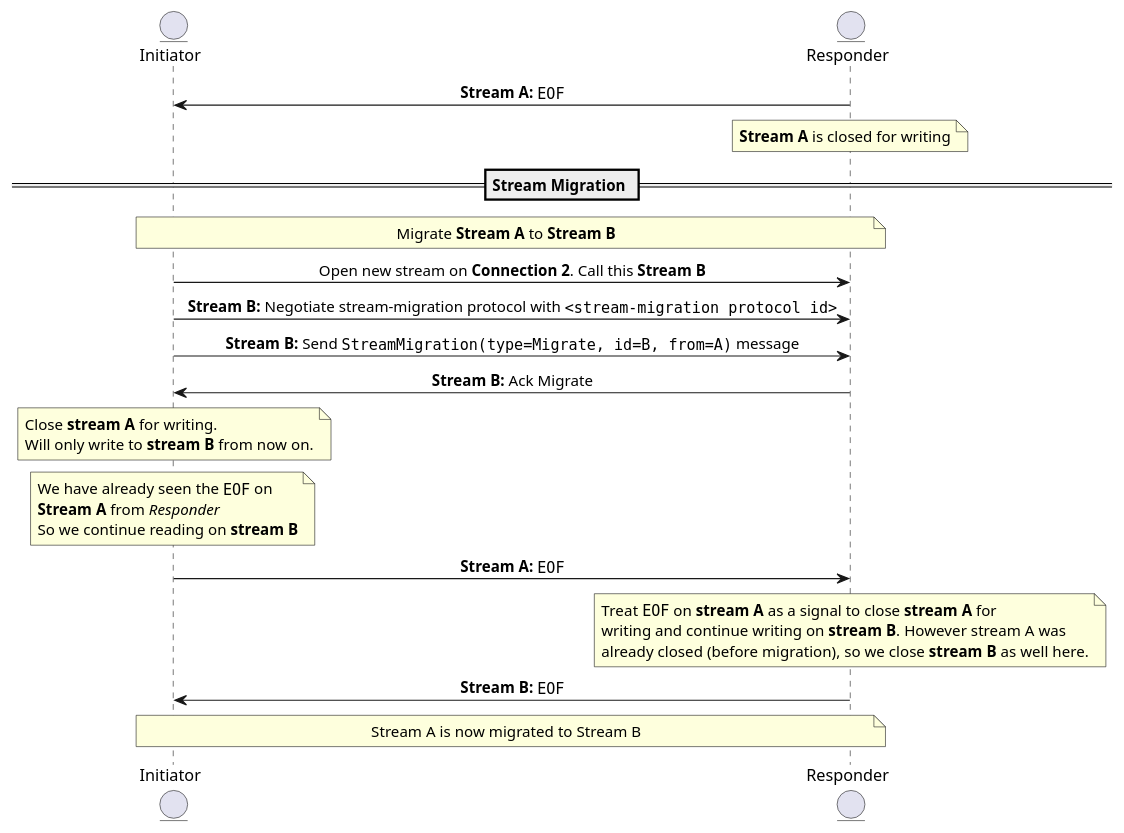
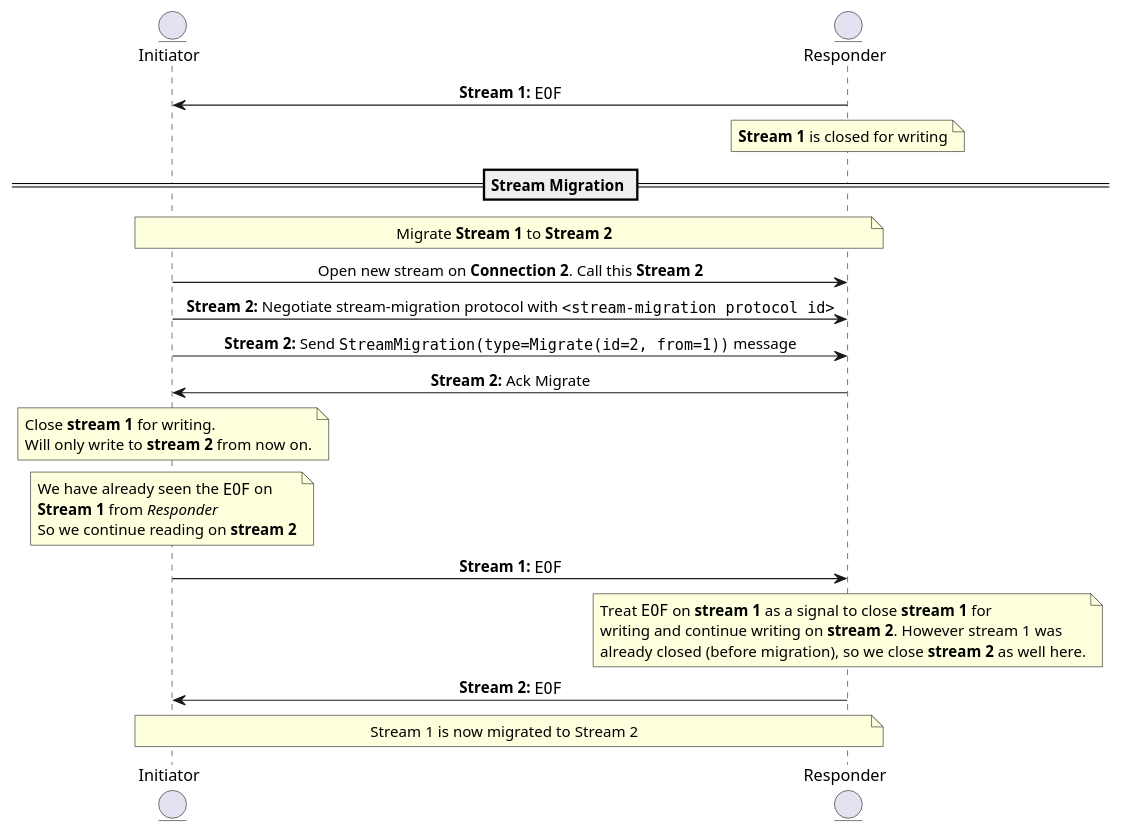
Before and after one commit to libp2p/specs: the second of 2 diagrams in connections/stream-migration.md, drawn with PlantUML. The commit also changed other lines of this file and 3 other files, not shown here.

````diff
--- a/connections/stream-migration.md
+++ b/connections/stream-migration.md
@@ -152,44 +157,44 @@
 ``` plantuml
 @startuml stream-migration-half-closed
 skinparam sequenceMessageAlign center
 entity Initiator
 entity Responder
 
-Initiator <- Responder: <b>Stream A:</b> ""EOF""
-note over Responder: <b>Stream A</b> is closed for writing
+Initiator <- Responder: <b>Stream 1:</b> ""EOF""
+note over Responder: <b>Stream 1</b> is closed for writing
 
 == Stream Migration ==
 
-note over Initiator, Responder: Migrate <b>Stream A</b> to <b>Stream B</b>
+note over Initiator, Responder: Migrate <b>Stream 1</b> to <b>Stream 2</b>
 
-Initiator -> Responder: Open new stream on <b>Connection 2</b>. Call this <b>Stream B</b>
+Initiator -> Responder: Open new stream on <b>Connection 2</b>. Call this <b>Stream 2</b>
 
-Initiator -> Responder: <b>Stream B:</b> Negotiate stream-migration protocol with ""<stream-migration protocol id>""
-Initiator -> Responder: <b>Stream B:</b> Send ""StreamMigration(type=Migrate, id=B, from=A)"" message
+Initiator -> Responder: <b>Stream 2:</b> Negotiate stream-migration protocol with ""<stream-migration protocol id>""
+Initiator -> Responder: <b>Stream 2:</b> Send ""StreamMigration(type=Migrate(id=2, from=1))"" message
 
-Initiator <- Responder: <b>Stream B:</b> Ack Migrate
+Initiator <- Responder: <b>Stream 2:</b> Ack Migrate
 
 note over Initiator
-    Close <b>stream A</b> for writing.
-    Will only write to <b>stream B</b> from now on.
+    Close <b>stream 1</b> for writing.
+    Will only write to <b>stream 2</b> from now on.
 end note
 
 note over Initiator
     We have already seen the ""EOF"" on
-    <b>Stream A</b> from <i>Responder</i>
-    So we continue reading on <b>stream B</b>
+    <b>Stream 1</b> from <i>Responder</i>
+    So we continue reading on <b>stream 2</b>
 end note
 
-Initiator -> Responder: <b>Stream A:</b> ""EOF""
+Initiator -> Responder: <b>Stream 1:</b> ""EOF""
 
 note over Responder
-    Treat ""EOF"" on <b>stream A</b> as a signal to close <b>stream A</b> for
-    writing and continue writing on <b>stream B</b>. However stream A was
-    already closed (before migration), so we close <b>stream B</b> as well here.
+    Treat ""EOF"" on <b>stream 1</b> as a signal to close <b>stream 1</b> for
+    writing and continue writing on <b>stream 2</b>. However stream 1 was
+    already closed (before migration), so we close <b>stream 2</b> as well here.
 end note
-Initiator <- Responder: <b>Stream B:</b> ""EOF""
+Initiator <- Responder: <b>Stream 2:</b> ""EOF""
 
-note over Initiator, Responder: Stream A is now migrated to Stream B
+note over Initiator, Responder: Stream 1 is now migrated to Stream 2
 
 @enduml
 ```
````
